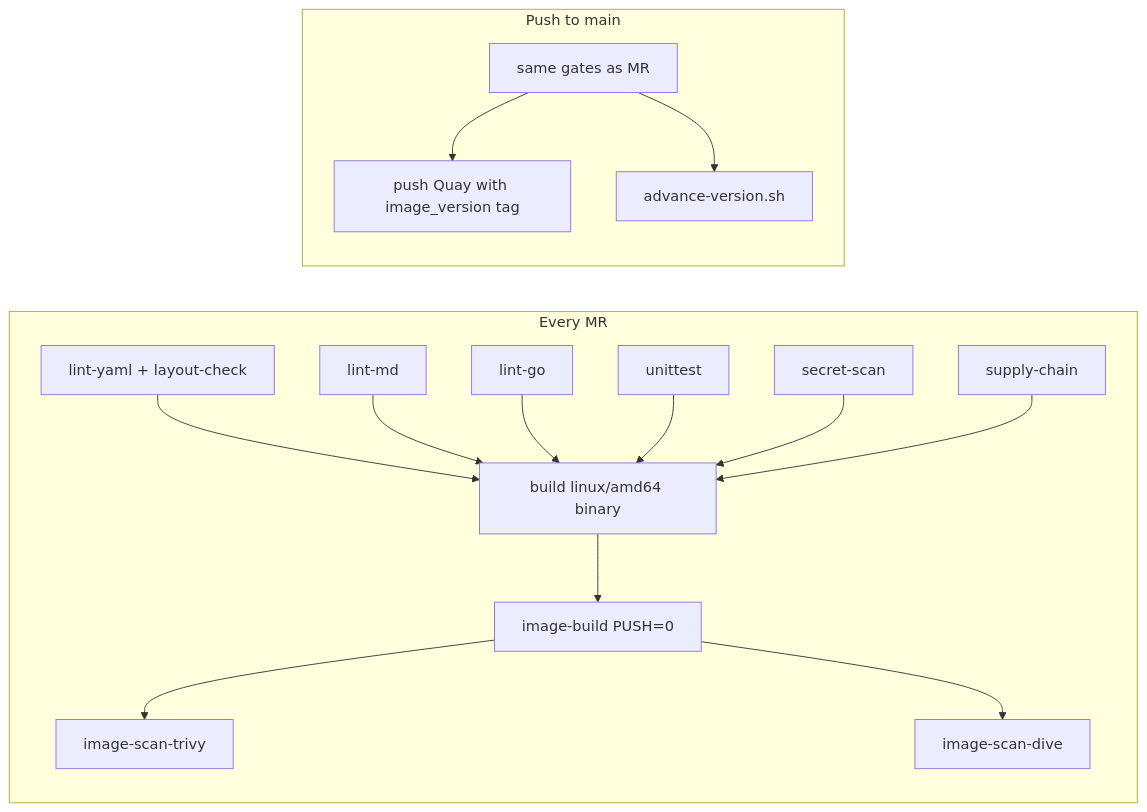
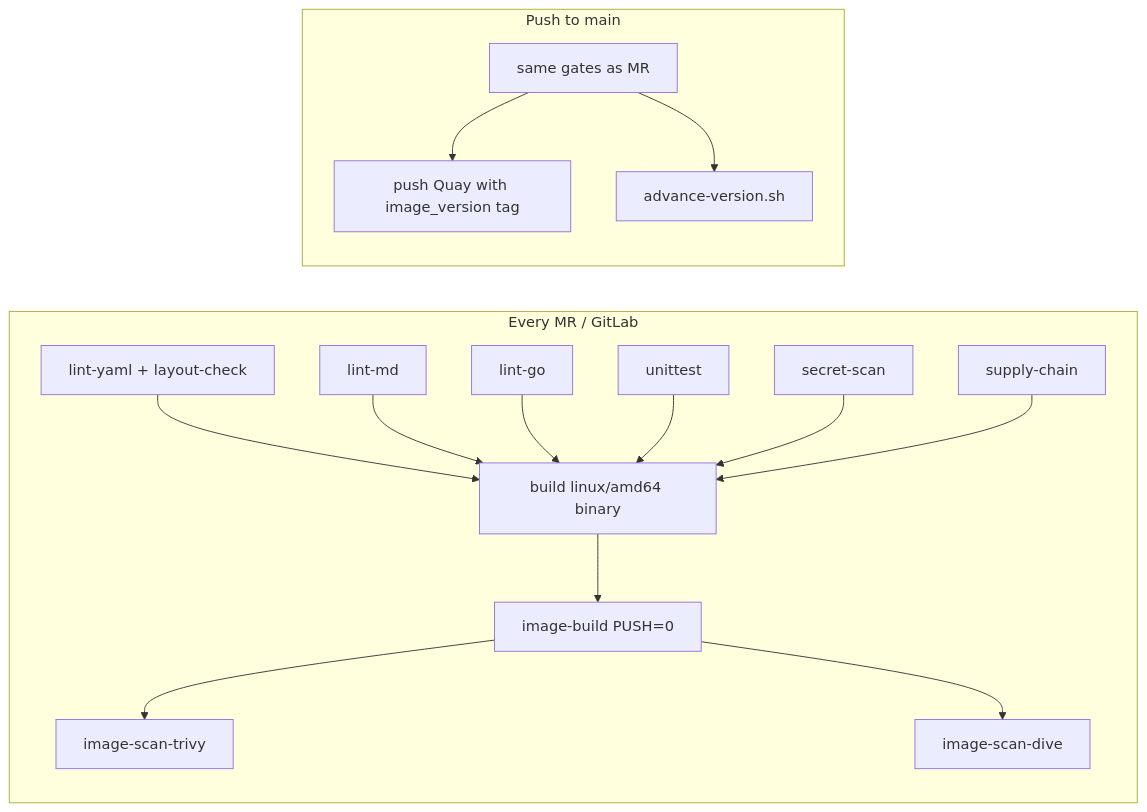
Before and after one commit to openshift-storage-cert/storage-cert-harness: the third of 3 diagrams in docs/ci.md, drawn with Mermaid. The commit also changed other lines of this file, not shown here.

First line of the commit message:
docs(ci): clarify skipped image scans on GitHub Actions

````diff
--- a/docs/ci.md
+++ b/docs/ci.md
@@ -296,29 +309,29 @@
 ```mermaid
 flowchart LR
-  subgraph mr [Every MR]
+  subgraph mr [Every MR / GitLab]
     LintYaml2[lint-yaml + layout-check]
     LintMd2[lint-md]
     LintGo2[lint-go]
     Unittest2[unittest]
     Secret2[secret-scan]
     Supply2[supply-chain]
     BuildMR[build linux/amd64 binary]
     ImageMR[image-build PUSH=0]
     LintYaml2 --> BuildMR
     LintMd2 --> BuildMR
     LintGo2 --> BuildMR
     Unittest2 --> BuildMR
     Secret2 --> BuildMR
     Supply2 --> BuildMR
     BuildMR --> ImageMR
     ImageMR --> TrivyMR[image-scan-trivy]
     ImageMR --> DiveMR[image-scan-dive]
   end
   subgraph mainline [Push to main]
     SameGates[same gates as MR]
     ImagePush[push Quay with image_version tag]
     VersionBump[advance-version.sh]
     SameGates --> ImagePush
     SameGates --> VersionBump
   end
 ```
````
